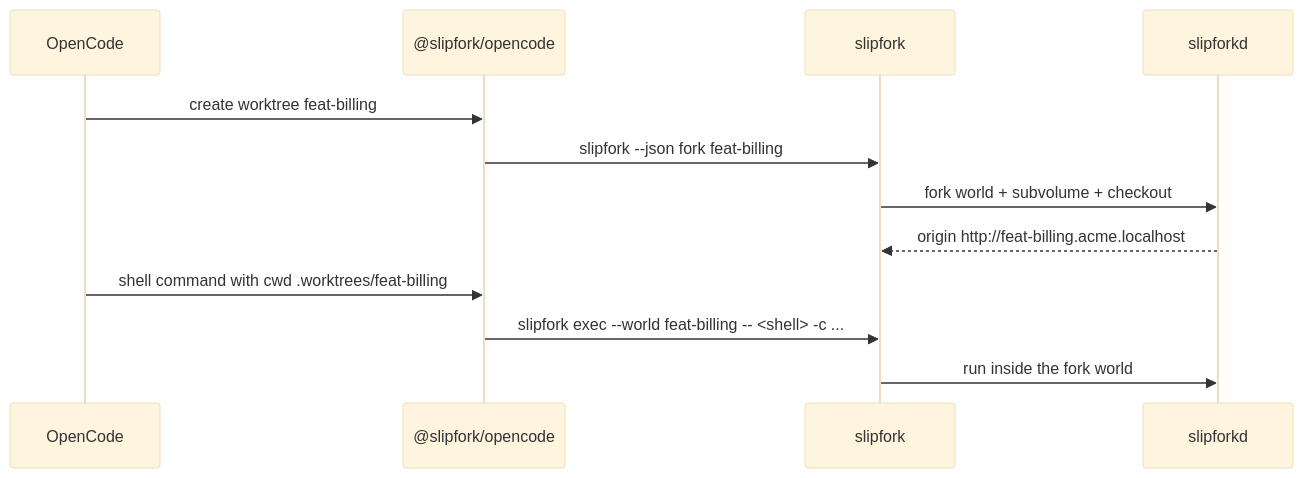
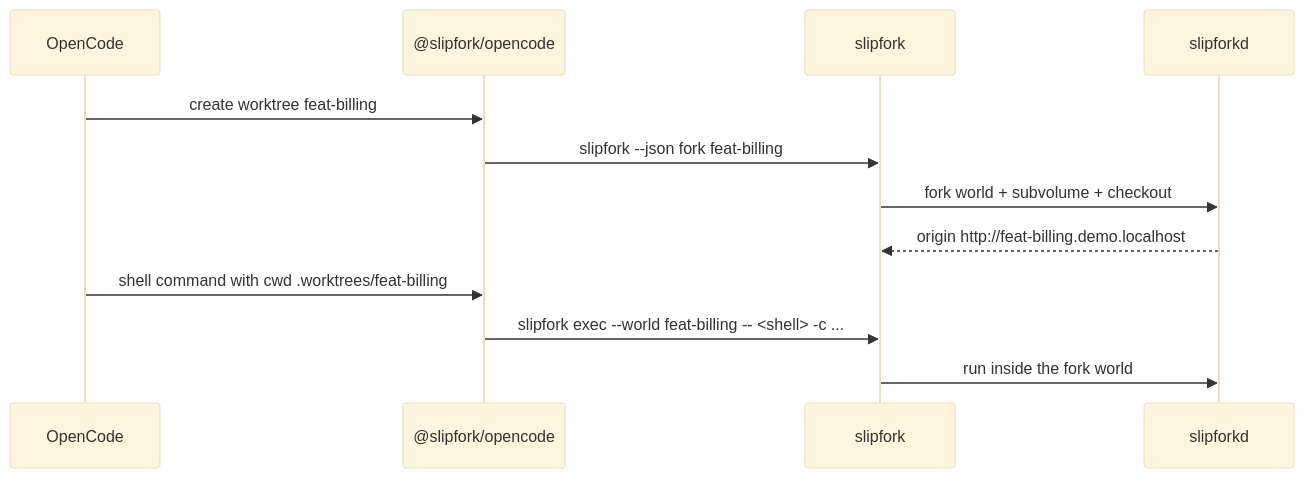
The diagram in docs/agents-and-opencode.md (OffworldNexus/slipfork), drawn with Mermaid (base theme) before and after one commit. The commit also changed other lines of this file and 46 other files, not shown here.

````diff
--- a/docs/agents-and-opencode.md
+++ b/docs/agents-and-opencode.md
@@ -41,14 +41,14 @@
 ```mermaid
 sequenceDiagram
   participant OC as OpenCode
   participant P as @slipfork/opencode
   participant CLI as slipfork
   participant D as slipforkd
   OC->>P: create worktree feat-billing
   P->>CLI: slipfork --json fork feat-billing
   CLI->>D: fork world + subvolume + checkout
-  D-->>CLI: origin http://feat-billing.acme.localhost
+  D-->>CLI: origin http://feat-billing.demo.localhost
   OC->>P: shell command with cwd .worktrees/feat-billing
   P->>CLI: slipfork exec --world feat-billing -- <shell> -c ...
   CLI->>D: run inside the fork world
 ```
````
